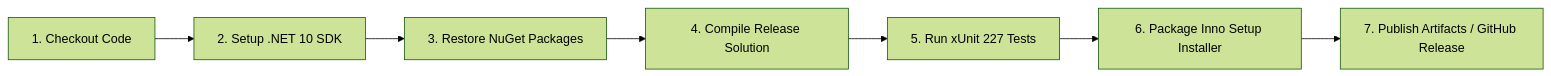
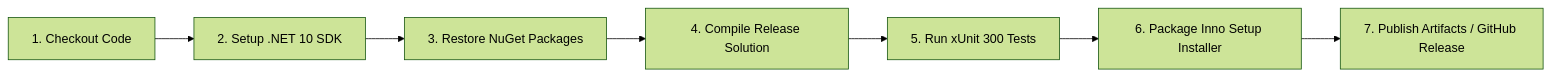
One commit to Nguyen-Trung-Tien/WinCarePro changed the diagram in docs/09_BUILD_DEPLOYMENT_AND_PACKAGING.md. Above: the diagram before and after it, drawn with Mermaid (forest theme). The commit also changed other lines of this file and 36 other files, not shown here.

````diff
--- a/docs/09_BUILD_DEPLOYMENT_AND_PACKAGING.md
+++ b/docs/09_BUILD_DEPLOYMENT_AND_PACKAGING.md
@@ -95,9 +95,9 @@
 ```mermaid
 graph LR
     Checkout["1. Checkout Code"] --> SetupDotnet["2. Setup .NET 10 SDK"]
     SetupDotnet --> Restore["3. Restore NuGet Packages"]
     Restore --> Build["4. Compile Release Solution"]
-    Build --> Test["5. Run xUnit 227 Tests"]
+    Build --> Test["5. Run xUnit 300 Tests"]
     Test --> Pack["6. Package Inno Setup Installer"]
     Pack --> Release["7. Publish Artifacts / GitHub Release"]
 ```
````
